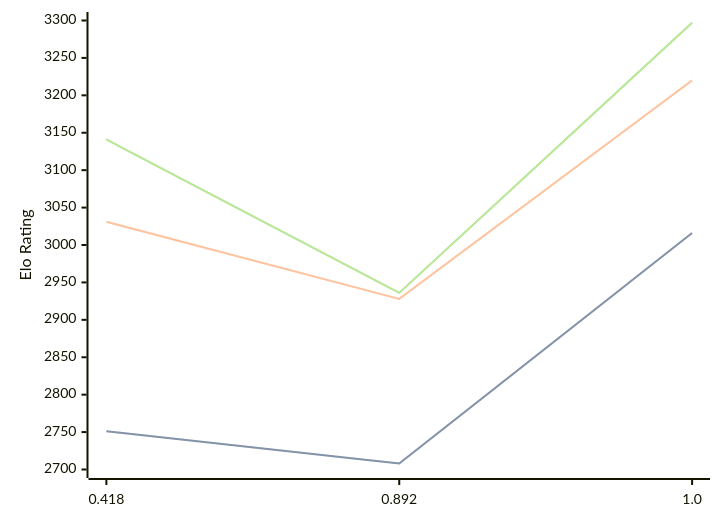
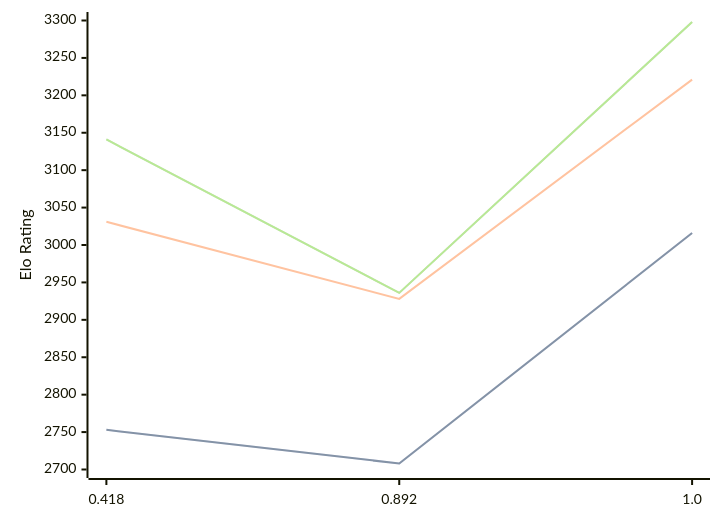
The diagram in engines/Malika.md (computer-chess-index/cci), drawn with Mermaid before and after one commit. The commit also changed other lines of this file, not shown here.

Commit message:
Update CCI Ratings (ELO VLTC) - 2026-04-22

````diff
--- a/engines/Malika.md
+++ b/engines/Malika.md
@@ -33,11 +33,11 @@
 ```mermaid
 %%{init: {"theme":"base","themeVariables":{"seriesColors:['#a3a3a3','#222221','#faa371']}}}%%
 xychart-beta
   x-axis ["0.418", "0.892", "1.0"]
   y-axis "Elo Rating" 2700 --> 3300
-  line "STC (8.0+0.08s)" [2751, 2708, 3016]
-  line "STC (8.0+0.08s)" [2751, 2708, 3016]
-  line "LTC (60.0+0.60s)" [3031, 2928, 3220]
-  line "VLTC (2m24s+1.12s)" [3141, 2936, 3297]
-  line "VLTC (2m24s+1.12s)" [3141, 2936, 3297]
+  line "STC (8.0+0.08s)" [2753, 2708, 3016]
+  line "STC (8.0+0.08s)" [2753, 2708, 3016]
+  line "LTC (60.0+0.60s)" [3031, 2928, 3221]
+  line "VLTC (2m24s+1.12s)" [3141, 2936, 3298]
+  line "VLTC (2m24s+1.12s)" [3141, 2936, 3298]
 ```
````
